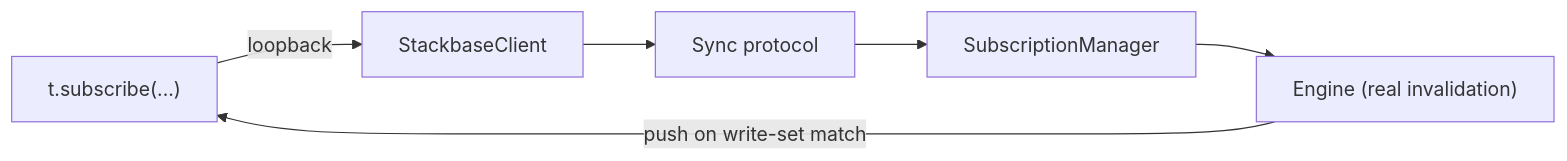
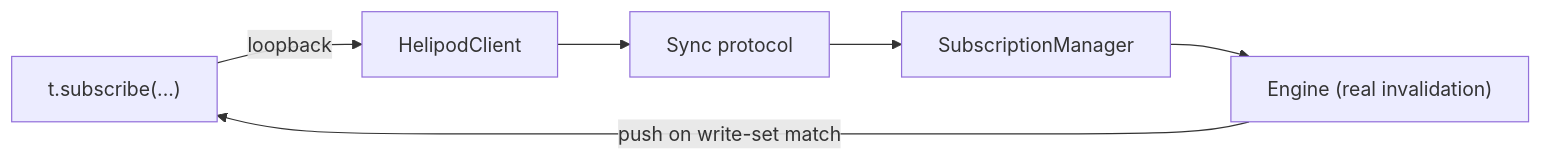
One commit to helipod-sh/helipod changed the diagram in website/content/docs/reference/testing.mdx. Above: the diagram before and after it, drawn with Mermaid. The commit also changed other lines of this file and 1141 other files, not shown here.

First line of the commit message:
feat: rename project from stackbase to helipod

````diff
--- a/website/content/docs/reference/testing.mdx
+++ b/website/content/docs/reference/testing.mdx
@@ -367,8 +367,8 @@
 ```mermaid
 flowchart LR
-  Test["t.subscribe(...)"] -->|"loopback"| Client["StackbaseClient"]
+  Test["t.subscribe(...)"] -->|"loopback"| Client["HelipodClient"]
   Client --> Sync["Sync protocol"]
   Sync --> Sub["SubscriptionManager"]
   Sub --> Engine["Engine (real invalidation)"]
   Engine -->|"push on write-set match"| Test
 ```
````
